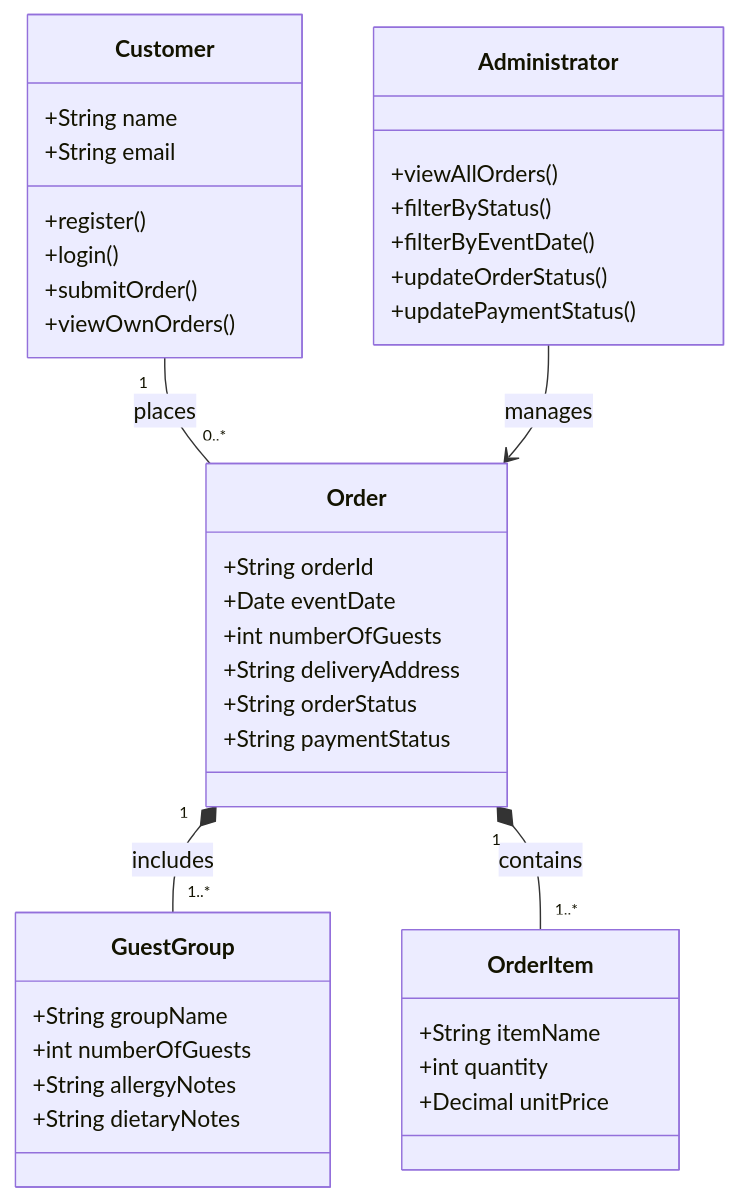
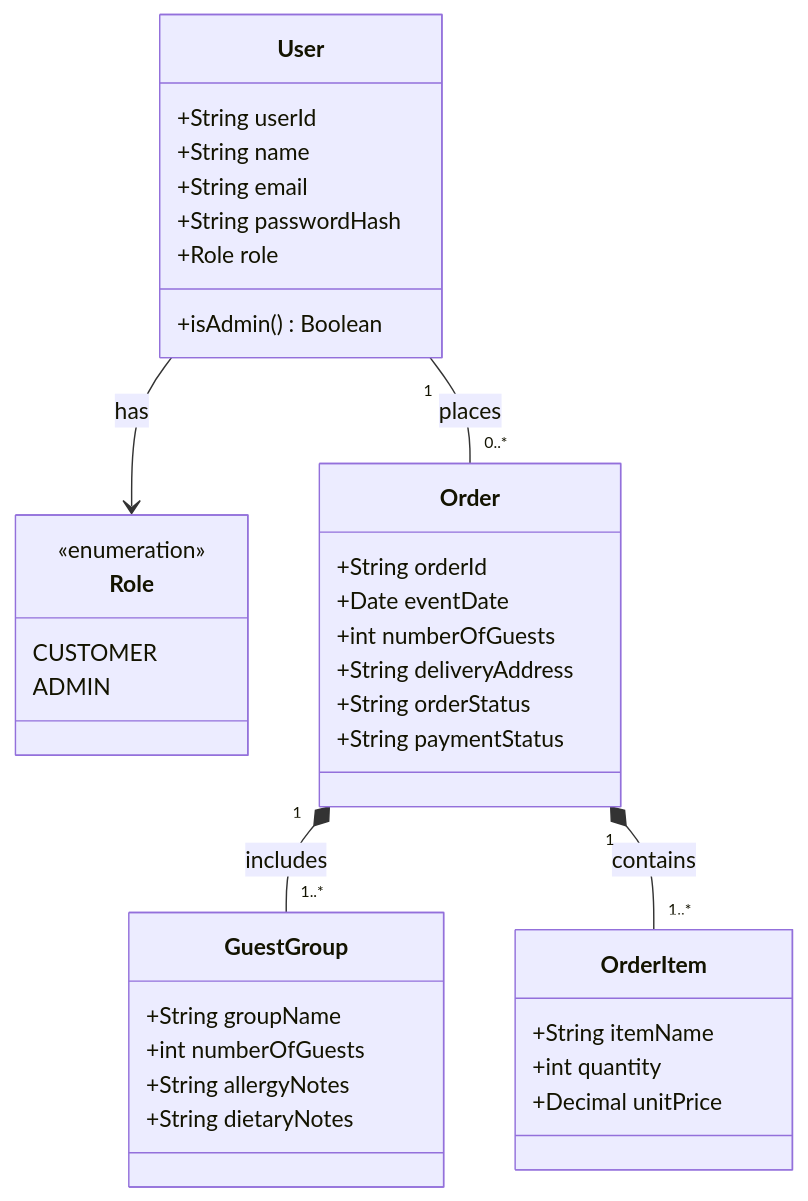
The diagram in docs/plans/classdiagram_orders.md (vikri8772/assignment4), drawn with Mermaid before and after one commit.

Commit message:
Update classdiagram_orders.md
Changed the classes so that there is one single User class with two separate roles, so that the login will be the same for both. Also removed certain methods from the user classes, as they're not methods actually attached to the classes but rather methods that a user of that type has access to in the app.

````diff
--- a/docs/plans/classdiagram_orders.md
+++ b/docs/plans/classdiagram_orders.md
@@ -1,48 +1,47 @@
 ```mermaid
 classDiagram
     direction TB
 
-    class Customer {
+    class User {
+        +String userId
         +String name
         +String email
-        +register()
-        +login()
-        +submitOrder()
-        +viewOwnOrders()
+        +String passwordHash
+        +Role role
+        +isAdmin() Boolean
     }
 
-    class Administrator {
-        +viewAllOrders()
-        +filterByStatus()
-        +filterByEventDate()
-        +updateOrderStatus()
-        +updatePaymentStatus()
+    class Role {
+        <<enumeration>>
+        CUSTOMER
+        ADMIN
     }
 
     class Order {
         +String orderId
         +Date eventDate
         +int numberOfGuests
         +String deliveryAddress
         +String orderStatus
         +String paymentStatus
     }
 
     class GuestGroup {
         +String groupName
         +int numberOfGuests
         +String allergyNotes
         +String dietaryNotes
     }
 
     class OrderItem {
         +String itemName
         +int quantity
         +Decimal unitPrice
     }
 
-    Customer "1" -- "0..*" Order : places
-    Administrator --> Order : manages
+    User --> Role : has
+    User "1" -- "0..*" Order : places
     Order "1" *-- "1..*" GuestGroup : includes
     Order "1" *-- "1..*" OrderItem : contains
+
 ```
````
